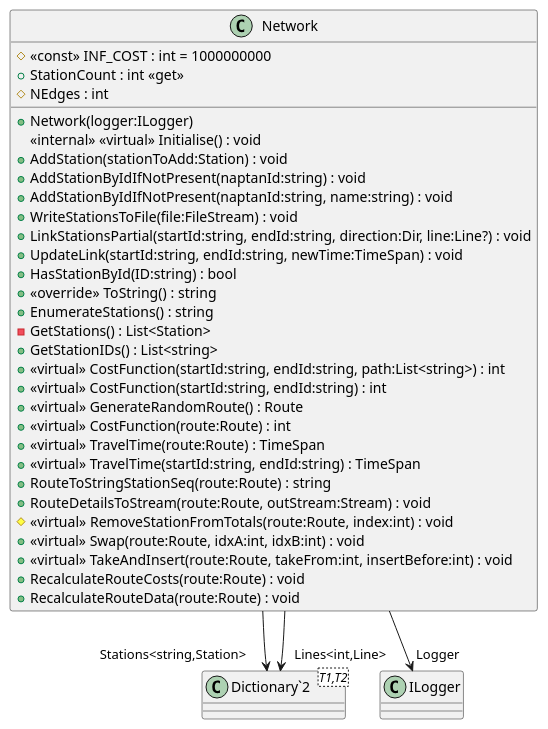
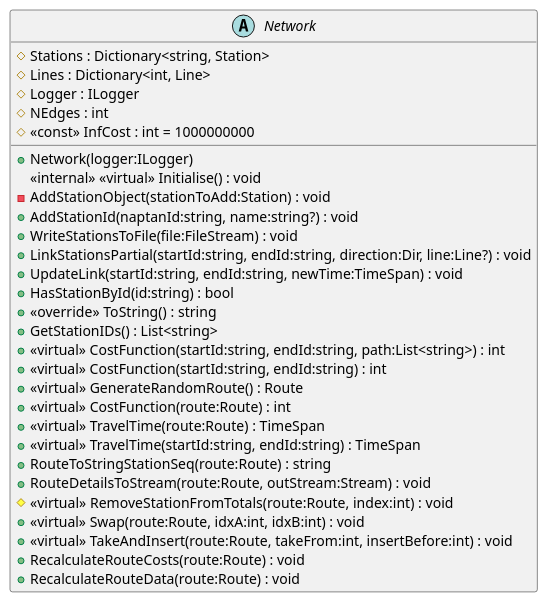
One commit to Liftyee/london-tube-navigator changed the diagram in TubeChallengeRouter/puml/TransportNetwork/Network.puml. Above: the diagram before and after it, drawn with PlantUML. The commit also changed 26 other files, not shown here.

```diff
--- a/TubeChallengeRouter/puml/TransportNetwork/Network.puml
+++ b/TubeChallengeRouter/puml/TransportNetwork/Network.puml
@@ -1,38 +1,32 @@
 @startuml
-class Network {
-    # <<const>> INF_COST : int = 1000000000
-    + StationCount : int <<get>>
+abstract class Network {
+    # Stations : Dictionary<string, Station>
+    # Lines : Dictionary<int, Line>
+    # Logger : ILogger
     # NEdges : int
+    # <<const>> InfCost : int = 1000000000
     + Network(logger:ILogger)
     <<internal>> <<virtual>> Initialise() : void
-    + AddStation(stationToAdd:Station) : void
-    + AddStationByIdIfNotPresent(naptanId:string) : void
-    + AddStationByIdIfNotPresent(naptanId:string, name:string) : void
+    - AddStationObject(stationToAdd:Station) : void
+    + AddStationId(naptanId:string, name:string?) : void
     + WriteStationsToFile(file:FileStream) : void
     + LinkStationsPartial(startId:string, endId:string, direction:Dir, line:Line?) : void
     + UpdateLink(startId:string, endId:string, newTime:TimeSpan) : void
-    + HasStationById(ID:string) : bool
+    + HasStationById(id:string) : bool
     + <<override>> ToString() : string
-    + EnumerateStations() : string
-    - GetStations() : List<Station>
     + GetStationIDs() : List<string>
     + <<virtual>> CostFunction(startId:string, endId:string, path:List<string>) : int
     + <<virtual>> CostFunction(startId:string, endId:string) : int
     + <<virtual>> GenerateRandomRoute() : Route
     + <<virtual>> CostFunction(route:Route) : int
     + <<virtual>> TravelTime(route:Route) : TimeSpan
     + <<virtual>> TravelTime(startId:string, endId:string) : TimeSpan
     + RouteToStringStationSeq(route:Route) : string
     + RouteDetailsToStream(route:Route, outStream:Stream) : void
     # <<virtual>> RemoveStationFromTotals(route:Route, index:int) : void
     + <<virtual>> Swap(route:Route, idxA:int, idxB:int) : void
     + <<virtual>> TakeAndInsert(route:Route, takeFrom:int, insertBefore:int) : void
     + RecalculateRouteCosts(route:Route) : void
     + RecalculateRouteData(route:Route) : void
 }
-class "Dictionary`2"<T1,T2> {
-}
-Network --> "Stations<string,Station>" "Dictionary`2"
-Network --> "Lines<int,Line>" "Dictionary`2"
-Network --> "Logger" ILogger
 @enduml
```
